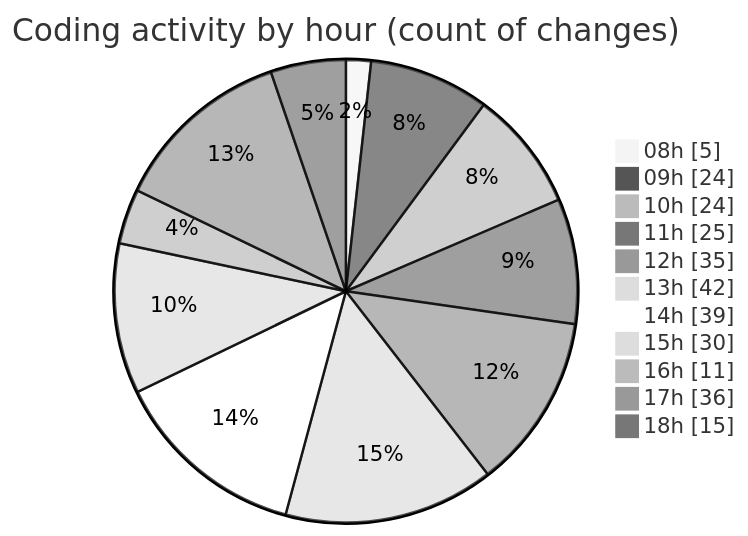
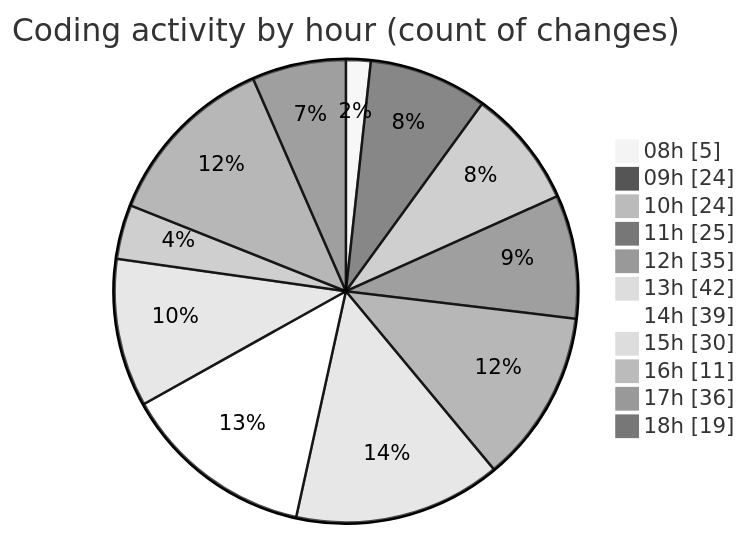
Before and after one commit to momahboobian/code-tracking: the second of 2 diagrams in 2025-11-24/cda/README.md, drawn with Mermaid (neutral theme). The commit also changed other lines of this file and 1 other file, not shown here.

````diff
--- a/2025-11-24/cda/README.md
+++ b/2025-11-24/cda/README.md
@@ -47,15 +47,15 @@
 ```mermaid
 pie showData
 title Coding activity by hour (count of changes)
 "08h" : 5
 "09h" : 24
 "10h" : 24
 "11h" : 25
 "12h" : 35
 "13h" : 42
 "14h" : 39
 "15h" : 30
 "16h" : 11
 "17h" : 36
-"18h" : 15
+"18h" : 19
 ```
````
